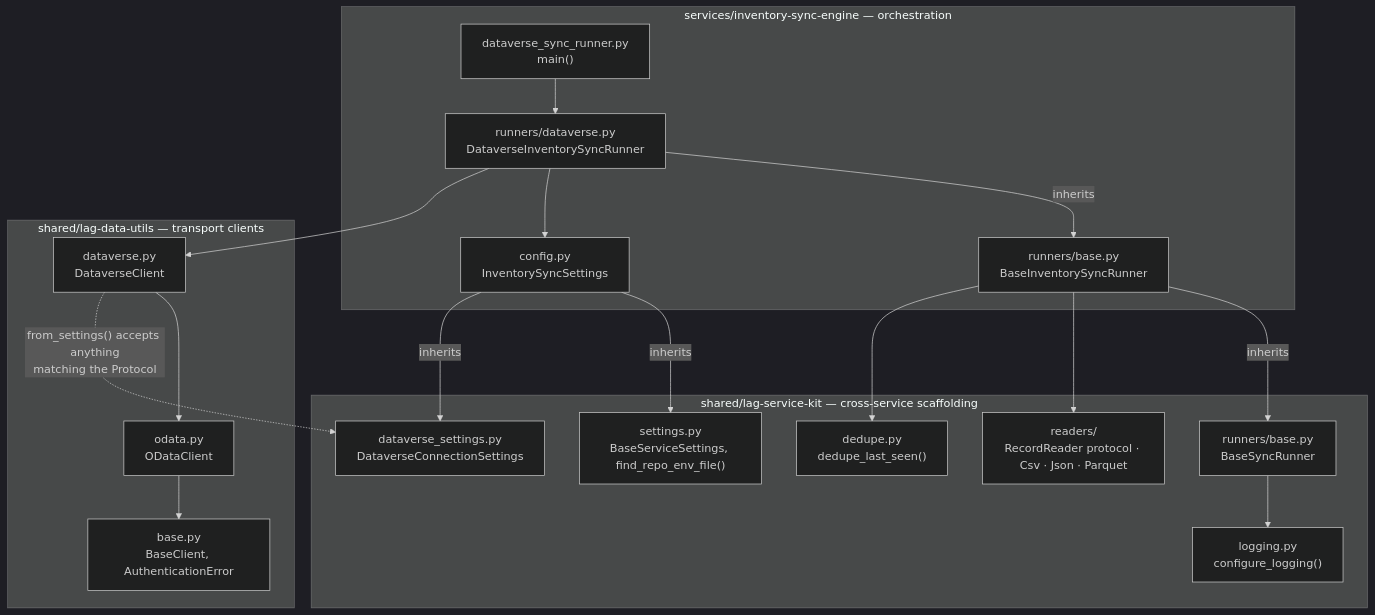
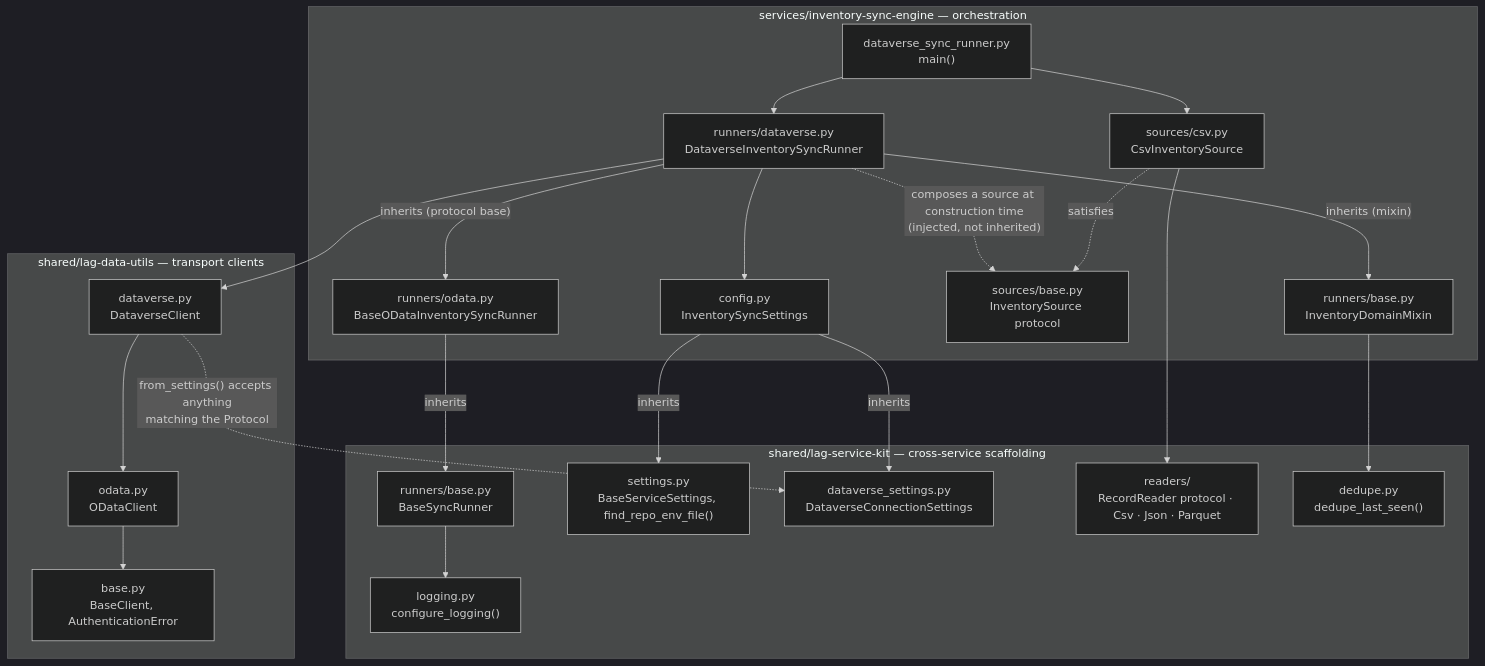
Before and after one commit to Linear-Analytics-Group/LAG-portfolio: the first of 2 diagrams in README.md, drawn with Mermaid (dark theme). The commit also changed other lines of this file and 9 other files, not shown here.

First line of the commit message:
refactor(inventory-sync): decouple source, write-protocol, and destination axes

````diff
--- a/README.md
+++ b/README.md
@@ -34,37 +34,44 @@
 ```mermaid
 graph TD
     subgraph "services/inventory-sync-engine — orchestration"
         EP["dataverse_sync_runner.py<br/>main()"]
         DISR["runners/dataverse.py<br/>DataverseInventorySyncRunner"]
-        BISR["runners/base.py<br/>BaseInventorySyncRunner"]
+        IDM["runners/base.py<br/>InventoryDomainMixin"]
+        BODR["runners/odata.py<br/>BaseODataInventorySyncRunner"]
+        CSVSRC["sources/csv.py<br/>CsvInventorySource"]
+        SRC["sources/base.py<br/>InventorySource protocol"]
         CFG["config.py<br/>InventorySyncSettings"]
     end
 
     subgraph "shared/lag-service-kit — cross-service scaffolding"
         BSR["runners/base.py<br/>BaseSyncRunner"]
         BSS["settings.py<br/>BaseServiceSettings, find_repo_env_file()"]
         DCS["dataverse_settings.py<br/>DataverseConnectionSettings"]
         LOG["logging.py<br/>configure_logging()"]
         RDR["readers/<br/>RecordReader protocol · Csv · Json · Parquet"]
         DEDUPE["dedupe.py<br/>dedupe_last_seen()"]
     end
 
     subgraph "shared/lag-data-utils — transport clients"
         BASE["base.py<br/>BaseClient, AuthenticationError"]
         ODATA["odata.py<br/>ODataClient"]
         DV["dataverse.py<br/>DataverseClient"]
     end
 
     EP --> DISR
-    DISR -->|inherits| BISR
-    BISR -->|inherits| BSR
+    EP --> CSVSRC
+    DISR -->|"inherits (mixin)"| IDM
+    DISR -->|"inherits (protocol base)"| BODR
+    BODR -->|inherits| BSR
+    CSVSRC -.->|satisfies| SRC
+    DISR -.->|"composes a source at construction time<br/>(injected, not inherited)"| SRC
     CFG -->|inherits| BSS
     CFG -->|inherits| DCS
     DISR --> CFG
     DISR --> DV
-    BISR --> RDR
-    BISR --> DEDUPE
+    CSVSRC --> RDR
+    IDM --> DEDUPE
     BSR --> LOG
     DV --> ODATA --> BASE
     DV -.->|"from_settings() accepts anything<br/>matching the Protocol"| DCS
 ```
````
